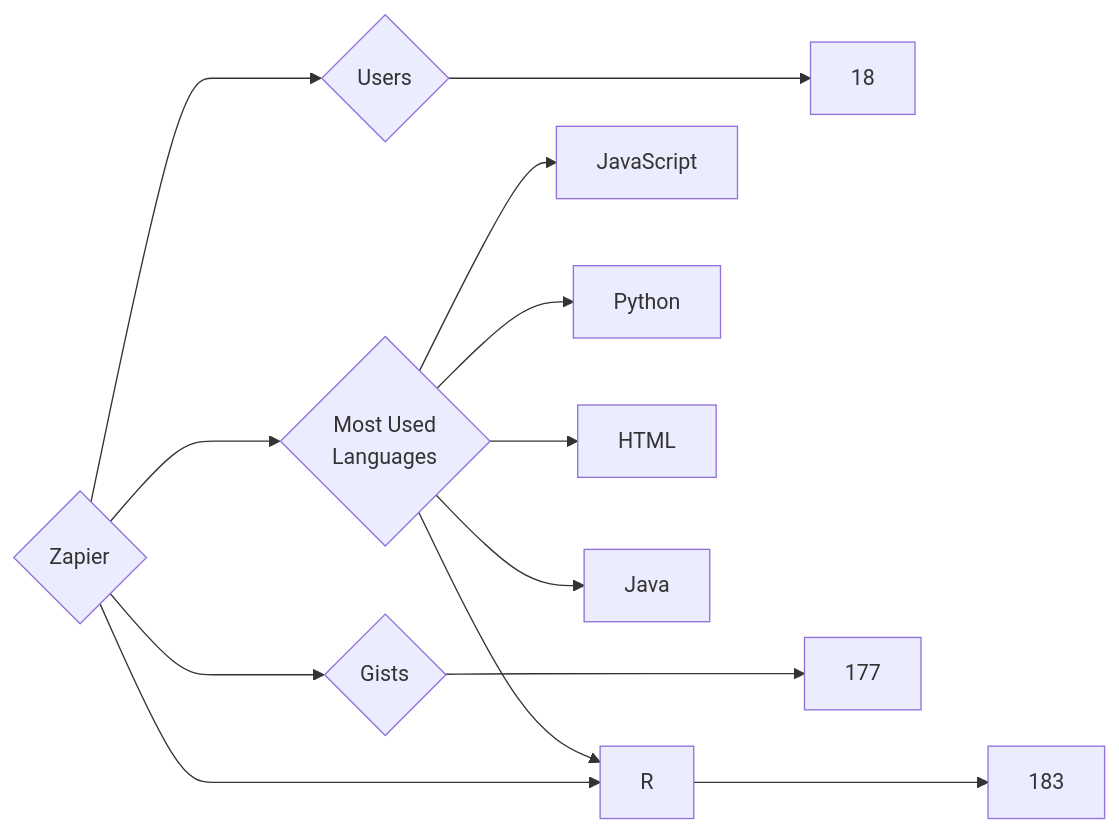
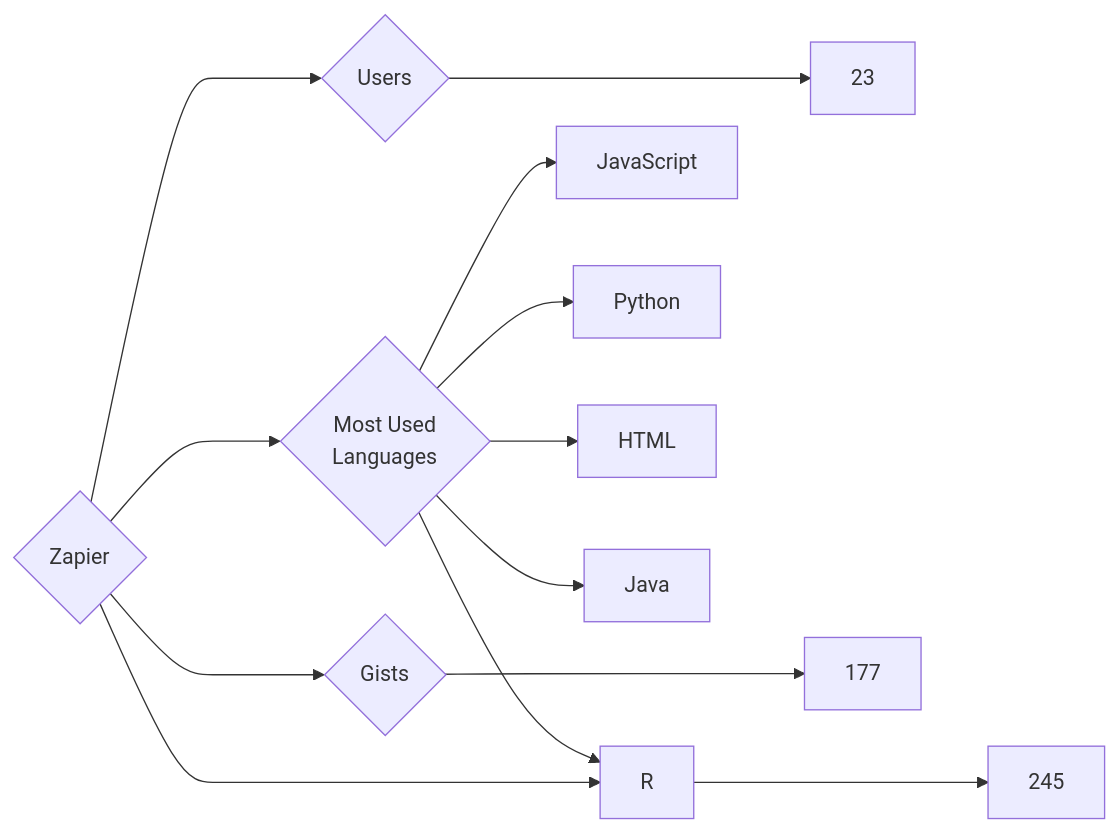
One commit to trickest/insiders changed the diagram in targets/Zapier/README.md. Above: the diagram before and after it, drawn with Mermaid. The commit also changed 682 other files, not shown here.

````diff
--- a/targets/Zapier/README.md
+++ b/targets/Zapier/README.md
@@ -3,13 +3,13 @@
 ```mermaid
 graph LR
 COMPANY_NAME{Zapier}
-COMPANY_NAME ---> U{Users} ---> UN[18]
-COMPANY_NAME ---> R{Repositories} ---> RN[183]
+COMPANY_NAME ---> U{Users} ---> UN[23]
+COMPANY_NAME ---> R{Repositories} ---> RN[245]
 COMPANY_NAME ---> G{Gists} ---> GN[177]
 COMPANY_NAME ---> ML{Most Used<br>Languages}
 ML --> JavaScript[JavaScript]
+ML --> R[R]
 ML --> Python[Python]
 ML --> HTML[HTML]
-ML --> R[R]
 ML --> Java[Java]
 ```
````
